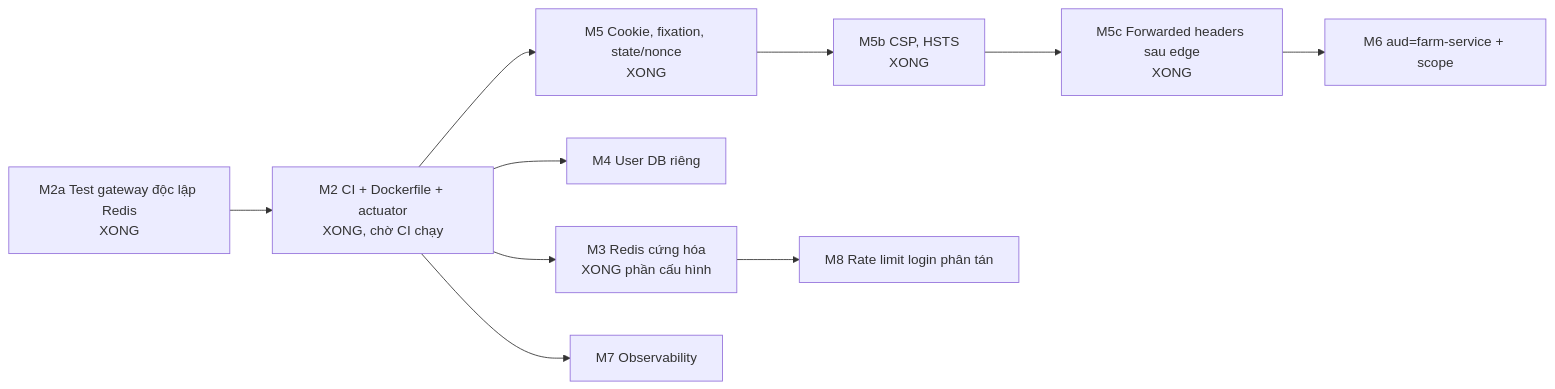
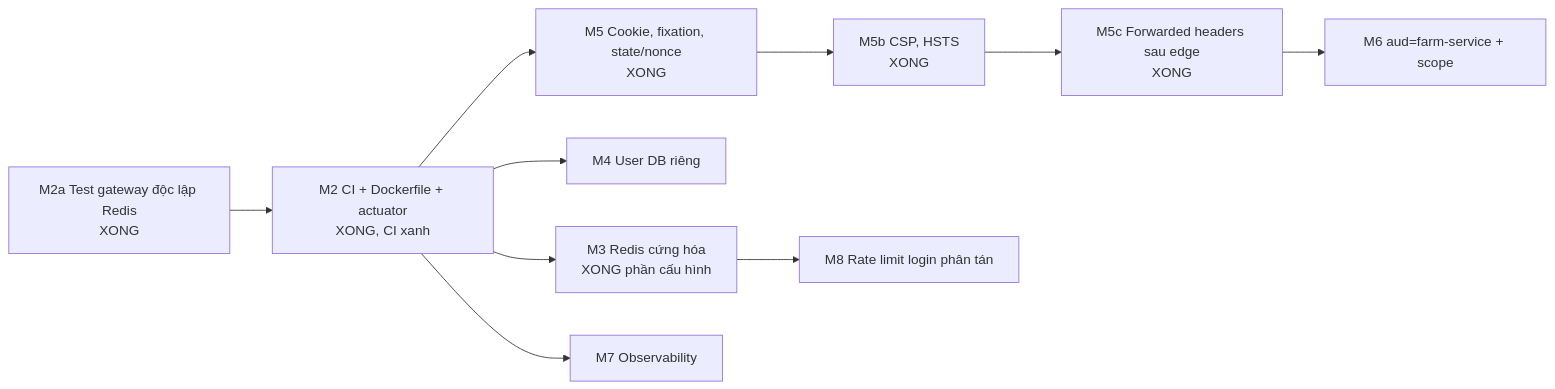
Before and after one commit to hatrongvu13/smartfarm-platform-maven-starter: the diagram in docs/architecture/migration-roadmap.md, drawn with Mermaid. The commit also changed other lines of this file and 14 other files, not shown here.

````diff
--- a/docs/architecture/migration-roadmap.md
+++ b/docs/architecture/migration-roadmap.md
@@ -5,10 +5,10 @@
 ```mermaid
 flowchart LR
-    M2a[M2a Test gateway độc lập Redis<br/>XONG] --> M2[M2 CI + Dockerfile + actuator<br/>XONG, chờ CI chạy]
+    M2a[M2a Test gateway độc lập Redis<br/>XONG] --> M2[M2 CI + Dockerfile + actuator<br/>XONG, CI xanh]
     M2 --> M3[M3 Redis cứng hóa<br/>XONG phần cấu hình]
     M2 --> M4[M4 User DB riêng]
     M2 --> M5[M5 Cookie, fixation, state/nonce<br/>XONG] --> M5b[M5b CSP, HSTS<br/>XONG] --> M5c[M5c Forwarded headers sau edge<br/>XONG]
     M5c --> M6[M6 aud=farm-service + scope]
     M2 --> M7[M7 Observability]
     M3 --> M8[M8 Rate limit login phân tán]
 ```
````
